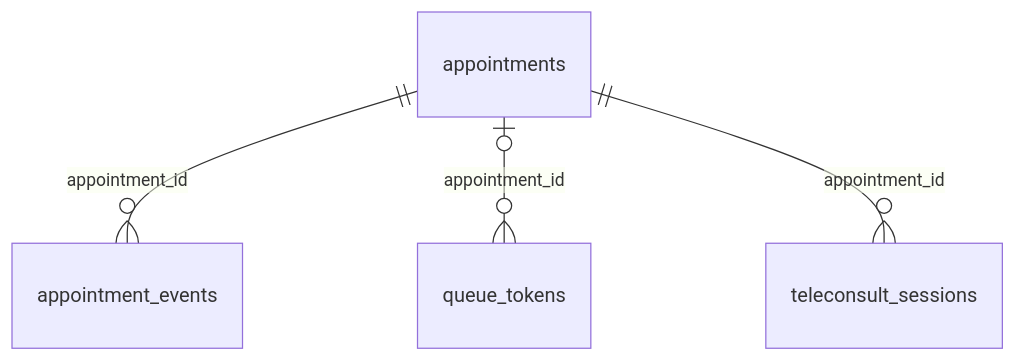
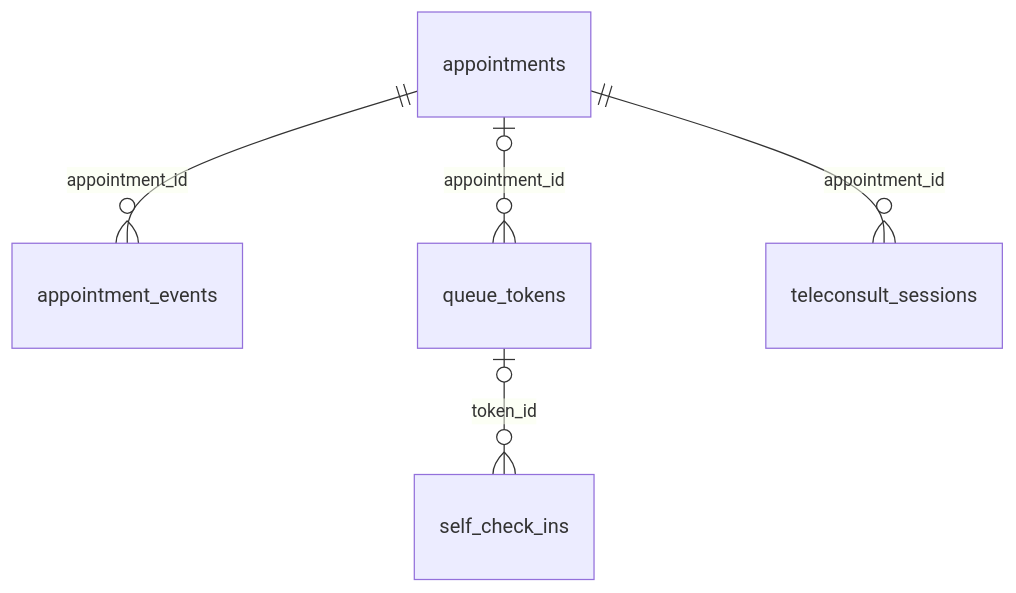
The sixth of 13 diagrams in docs/database.md (sakalyatechnologies/aarogyam), drawn with Mermaid before and after one commit. The commit also changed other lines of this file and 58 other files, not shown here.

First line of the commit message:
feat(api): patient self check-in by QR, PIN lookup route, patient address

````diff
--- a/docs/database.md
+++ b/docs/database.md
@@ -1403,6 +1404,7 @@
 ```mermaid
 erDiagram
   appointments ||--o{ appointment_events : "appointment_id"
+  queue_tokens |o--o{ self_check_ins : "token_id"
   appointments |o--o{ queue_tokens : "appointment_id"
   appointments ||--o{ teleconsult_sessions : "appointment_id"
 ```
````
